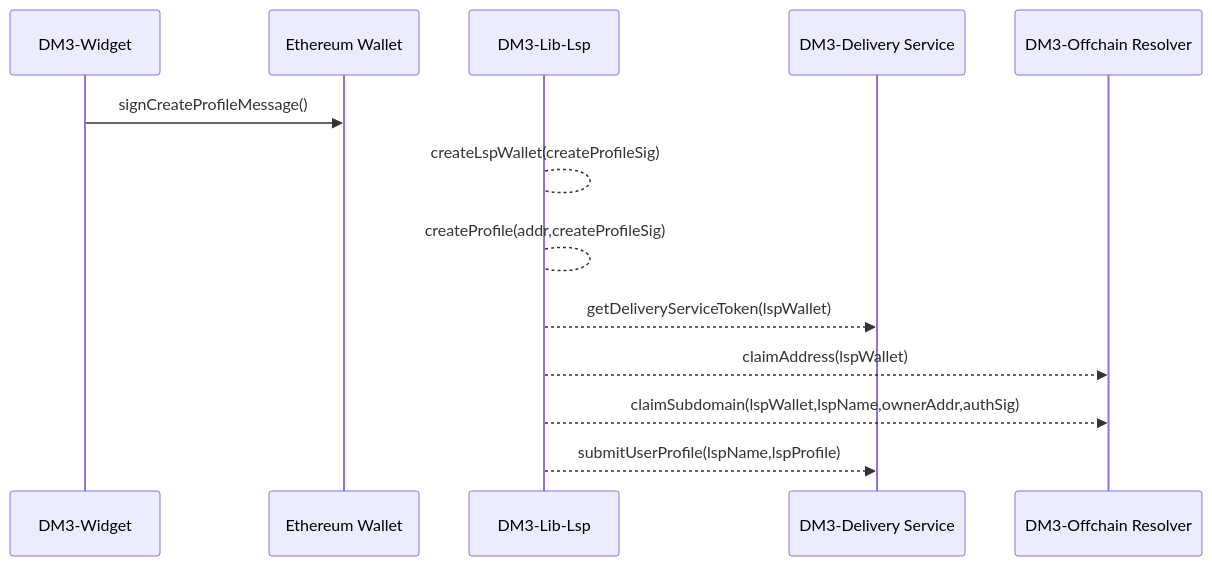
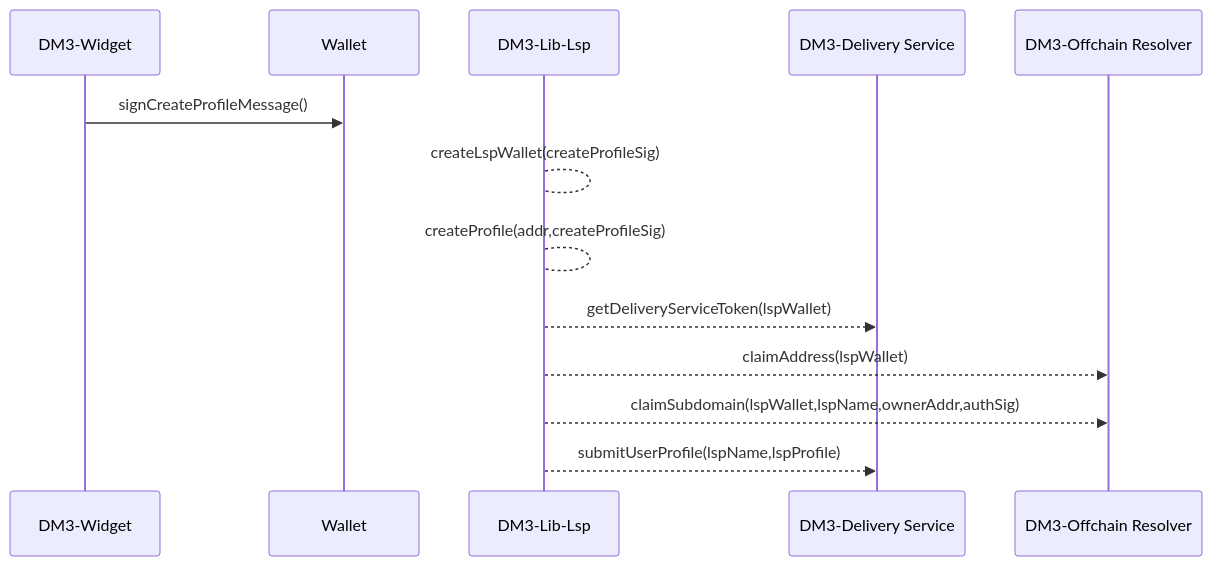
Before and after one commit to dm3-org/dm3-spec: the diagram in docs/specification/limited-scope-profiles/flows/01-default-auth.md, drawn with Mermaid. The commit also changed 1 other file, not shown here.

Commit message:
added workflows

````diff
--- a/docs/specification/limited-scope-profiles/flows/01-default-auth.md
+++ b/docs/specification/limited-scope-profiles/flows/01-default-auth.md
@@ -1,18 +1,18 @@
 ```mermaid
   sequenceDiagram
 
     participant DM3 as DM3-Widget
-    participant W as Ethereum Wallet
+    participant W as Wallet
     participant LIB as DM3-Lib-Lsp
     participant DS as DM3-Delivery Service
     participant OR as DM3-Offchain Resolver
 
     DM3 ->> W: signCreateProfileMessage()
     LIB-->LIB:createLspWallet(createProfileSig)
     LIB-->LIB:createProfile(addr,createProfileSig)
     LIB-->>DS: getDeliveryServiceToken(lspWallet)
     LIB-->>OR: claimAddress(lspWallet)
     LIB-->>OR: claimSubdomain(lspWallet,lspName,ownerAddr,authSig)
     LIB-->>DS: submitUserProfile(lspName,lspProfile)
 
 ```
````
